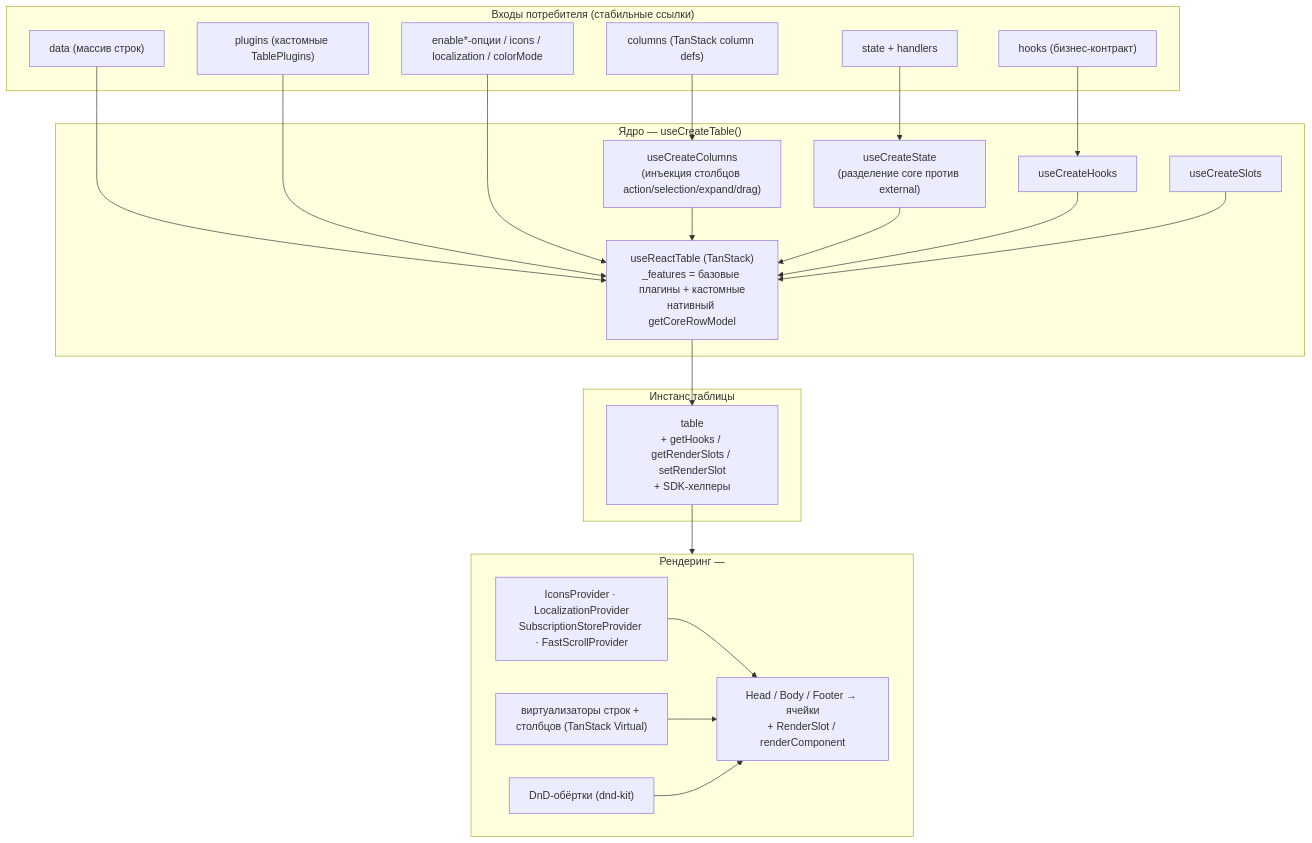
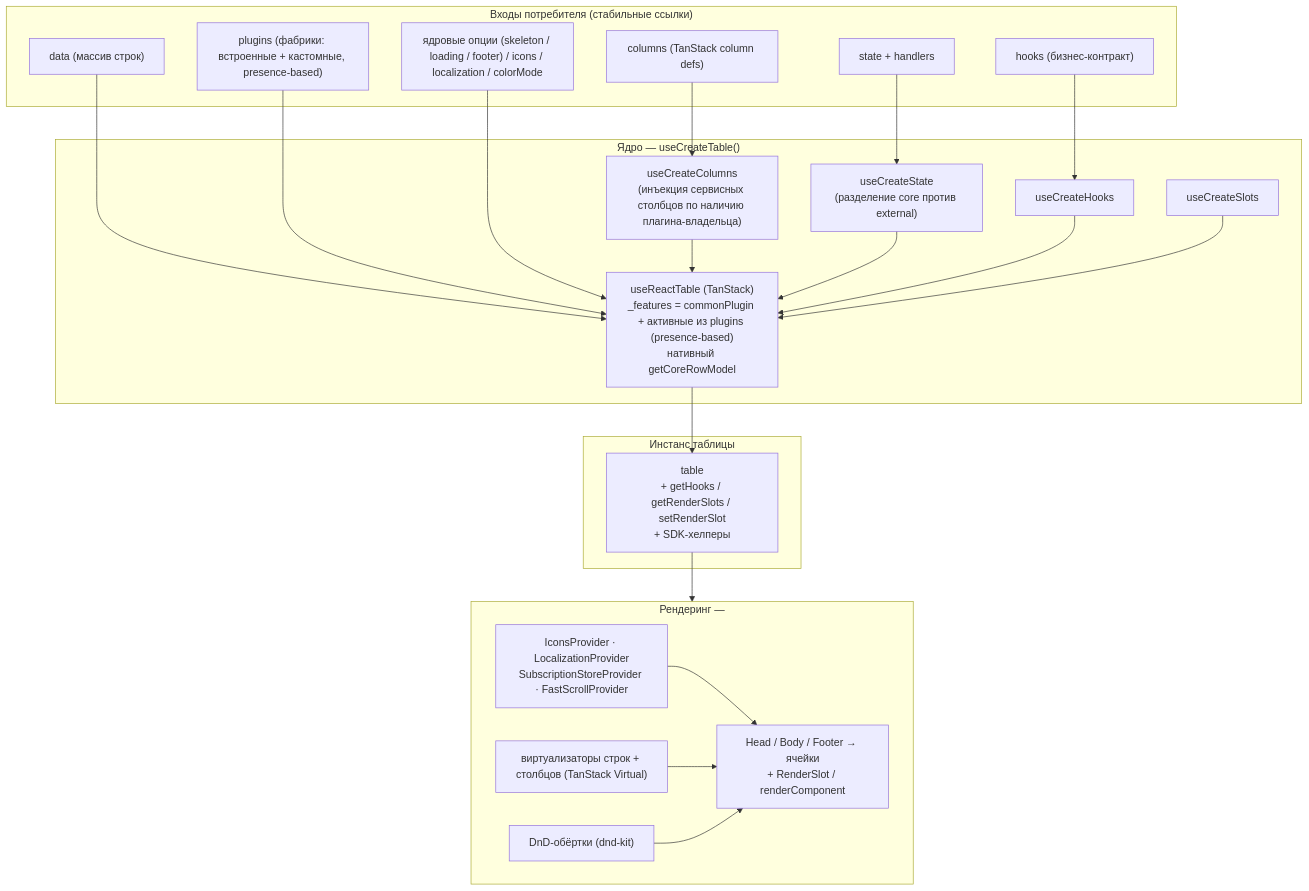
The diagram in docs/architecture/README.md (tessera-grid/tessera), drawn with Mermaid before and after one commit. The commit also changed 12 other files, not shown here.

````diff
--- a/docs/architecture/README.md
+++ b/docs/architecture/README.md
@@ -75,46 +75,46 @@
 ```mermaid
 flowchart TB
     subgraph consumer["Входы потребителя (стабильные ссылки)"]
         COLS["columns (TanStack column defs)"]
         DATA["data (массив строк)"]
         STATE["state + handlers"]
         HOOKS["hooks (бизнес-контракт)"]
-        PLUGINS["plugins (кастомные TablePlugins)"]
-        OPTS["enable*-опции / icons / localization / colorMode"]
+        PLUGINS["plugins (фабрики: встроенные + кастомные, presence-based)"]
+        OPTS["ядровые опции (skeleton / loading / footer) / icons / localization / colorMode"]
     end
 
     subgraph core["Ядро — useCreateTable()"]
-        CC["useCreateColumns<br/>(инъекция столбцов action/selection/expand/drag)"]
+        CC["useCreateColumns<br/>(инъекция сервисных столбцов по наличию плагина-владельца)"]
         CS["useCreateState<br/>(разделение core против external)"]
         CH["useCreateHooks"]
         CSL["useCreateSlots"]
-        RT["useReactTable (TanStack)<br/>_features = базовые плагины + кастомные<br/>нативный getCoreRowModel"]
+        RT["useReactTable (TanStack)<br/>_features = commonPlugin + активные из plugins (presence-based)<br/>нативный getCoreRowModel"]
     end
 
     subgraph inst["Инстанс таблицы"]
         TI["table<br/>+ getHooks / getRenderSlots / setRenderSlot<br/>+ SDK-хелперы"]
     end
 
     subgraph render["Рендеринг — <DataGrid/>"]
         PROV["IconsProvider · LocalizationProvider<br/>SubscriptionStoreProvider · FastScrollProvider"]
         VIRT["виртуализаторы строк + столбцов (TanStack Virtual)"]
         DND["DnD-обёртки (dnd-kit)"]
         UI["Head / Body / Footer → ячейки<br/>+ RenderSlot / renderComponent"]
     end
 
     COLS --> CC
     DATA --> RT
     STATE --> CS
     HOOKS --> CH
     PLUGINS --> RT
     OPTS --> RT
     CC --> RT
     CS --> RT
     CH --> RT
     CSL --> RT
     RT --> TI
     TI --> render
     PROV --> UI
     VIRT --> UI
     DND --> UI
 ```
````
